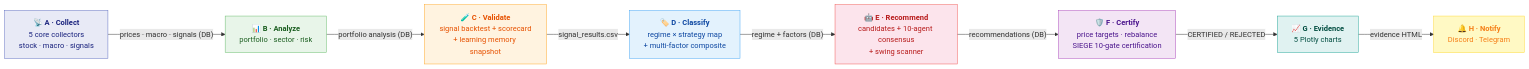
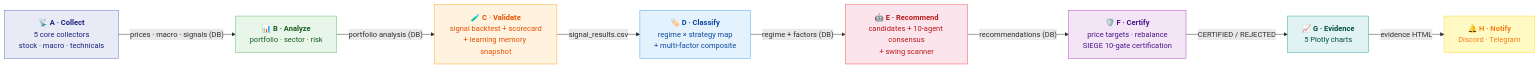
Before and after one commit to researcherhojin/nuri-quant: the diagram in README.md, drawn with Mermaid. The commit also changed other lines of this file and 2 other files, not shown here.

````diff
--- a/README.md
+++ b/README.md
@@ -19,28 +19,28 @@
 ```mermaid
 graph LR
-    A["📡 <b>A · Collect</b><br/>5 core collectors<br/>stock · macro · signals"]
+    A["📡 <b>A · Collect</b><br/>5 core collectors<br/>stock · macro · technicals"]
     B["📊 <b>B · Analyze</b><br/>portfolio · sector · risk"]
     C["🧪 <b>C · Validate</b><br/>signal backtest + scorecard<br/>+ learning memory snapshot"]
     D["🏷️ <b>D · Classify</b><br/>regime × strategy map<br/>+ multi-factor composite"]
     E["🤖 <b>E · Recommend</b><br/>candidates + 10-agent consensus<br/>+ swing scanner"]
     F["🛡️ <b>F · Certify</b><br/>price targets · rebalance<br/>SIEGE 10-gate certification"]
     G["📈 <b>G · Evidence</b><br/>5 Plotly charts"]
     H["🔔 <b>H · Notify</b><br/>Discord · Telegram"]
 
     A -->|"prices · macro · signals (DB)"| B
     B -->|"portfolio analysis (DB)"| C
     C -->|"signal_results.csv"| D
     D -->|"regime + factors (DB)"| E
     E -->|"recommendations (DB)"| F
     F -->|"CERTIFIED / REJECTED"| G
     G -->|"evidence HTML"| H
 
     style A fill:#e8eaf6,stroke:#5c6bc0,color:#1a237e
     style B fill:#e8f5e9,stroke:#66bb6a,color:#1b5e20
     style C fill:#fff3e0,stroke:#ffa726,color:#e65100
     style D fill:#e3f2fd,stroke:#42a5f5,color:#0d47a1
     style E fill:#fce4ec,stroke:#ef5350,color:#b71c1c
     style F fill:#f3e5f5,stroke:#ab47bc,color:#4a148c
     style G fill:#e0f2f1,stroke:#26a69a,color:#004d40
     style H fill:#fff9c4,stroke:#fdd835,color:#f57f17
 ```
````
